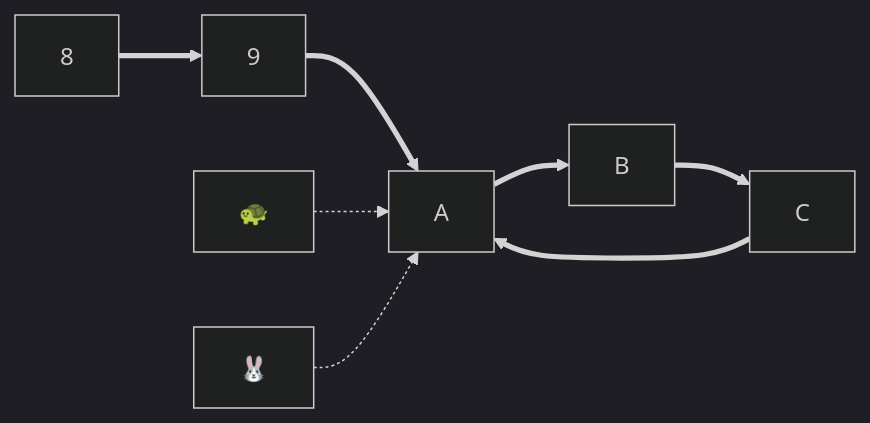
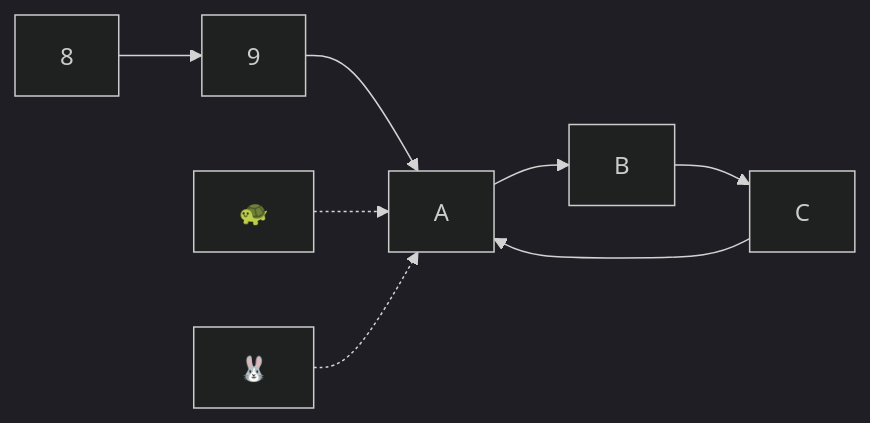
The ninth of 13 diagrams in _posts/2026-02-15-nuralagus-rex.md (raganwald/raganwald.github.com), drawn with Mermaid (dark theme) before and after one commit. The commit also changed other lines of this file, not shown here.

```diff
--- a/_posts/2026-02-15-nuralagus-rex.md
+++ b/_posts/2026-02-15-nuralagus-rex.md
@@ -191,15 +191,15 @@
 <div class="mermaid">
   graph LR
     
     tortoise["🐢"]
     hare["🐰"]
     e["8"]
     f["9"]
     g["A"]
     h["B"]
     i["C"]
 
-    e==>f==>g==>h==>i==>g
+    e-->f-->g-->h-->i-->g
     tortoise-.->g
     hare-.->g
 </div>
```
